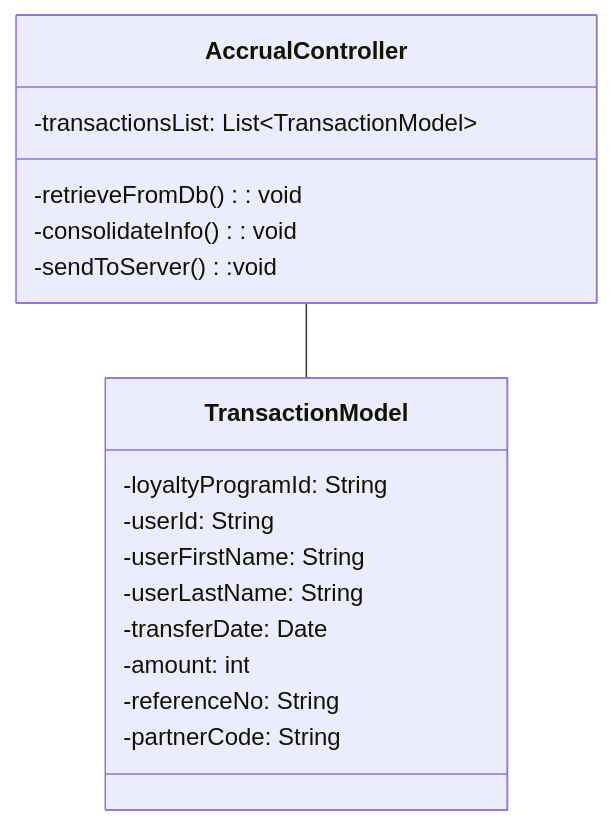
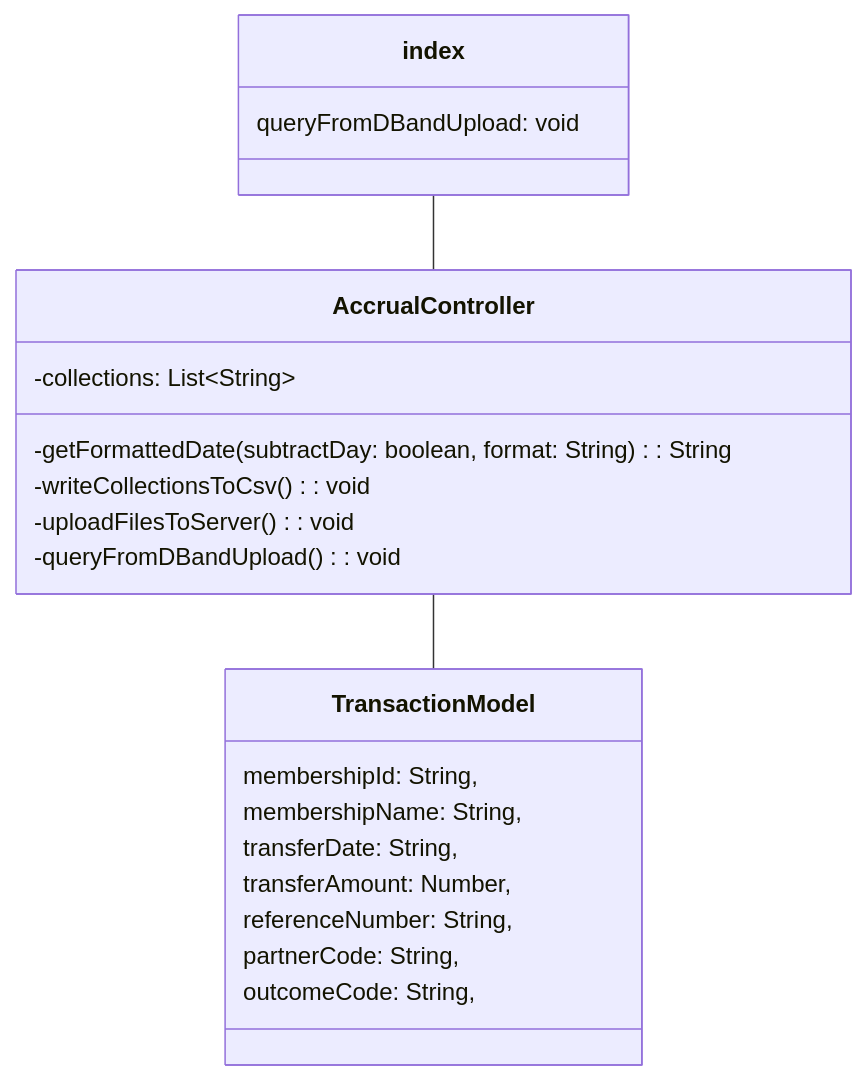
Before and after one commit to Sean2309/SoftwareConstructProject: the eighth of 9 diagrams in UML Class Diagrams/mvcClass.md, drawn with Mermaid. The commit also changed other lines of this file, not shown here.

Commit message:
fix: formatting for mvcClass.md

````diff
--- a/UML Class Diagrams/mvcClass.md
+++ b/UML Class Diagrams/mvcClass.md
@@ -160,23 +184,27 @@
 ```mermaid
 classDiagram
+    index -- AccrualController
+    AccrualController -- TransactionModel
 
-AccrualController -- TransactionModel
+    class index{
+        queryFromDBandUpload: void
+    }
 
-class AccrualController{
-    -transactionsList: List<<list>TransactionModel>
-    -retrieveFromDb(): void
-    -consolidateInfo(): void
-    -sendToServer():void
-}
+    class AccrualController{
+        -collections: List<<list>String>
+        -getFormattedDate(subtractDay: boolean, format: String): String
+        -writeCollectionsToCsv(): void
+        -uploadFilesToServer(): void
+        -queryFromDBandUpload(): void
+    }
 
-class TransactionModel{
-    -loyaltyProgramId: String
-    -userId: String
-    -userFirstName: String
-    -userLastName: String
-    -transferDate: Date
-    -amount: int
-    -referenceNo: String
-    -partnerCode: String
-}
+    class TransactionModel{
+        membershipId: String,
+        membershipName: String,
+        transferDate: String,
+        transferAmount: Number,
+        referenceNumber: String,
+        partnerCode: String,
+        outcomeCode: String,
+    }
 ```
````
